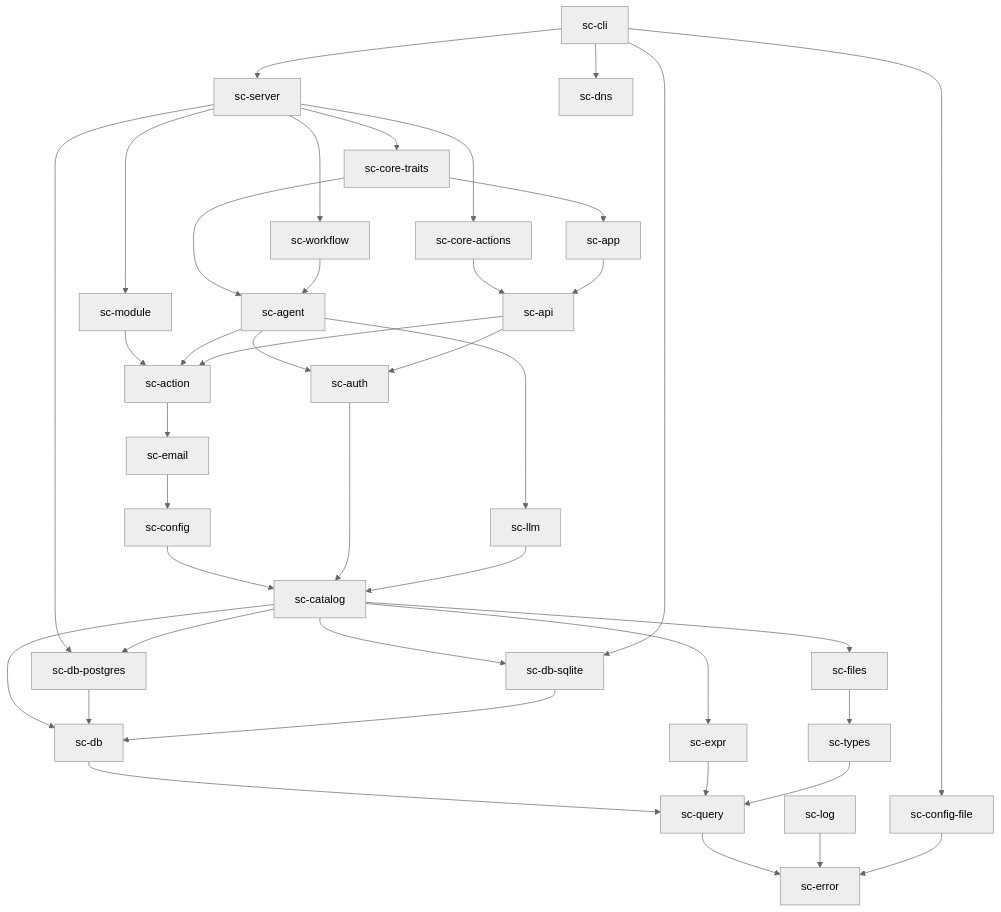
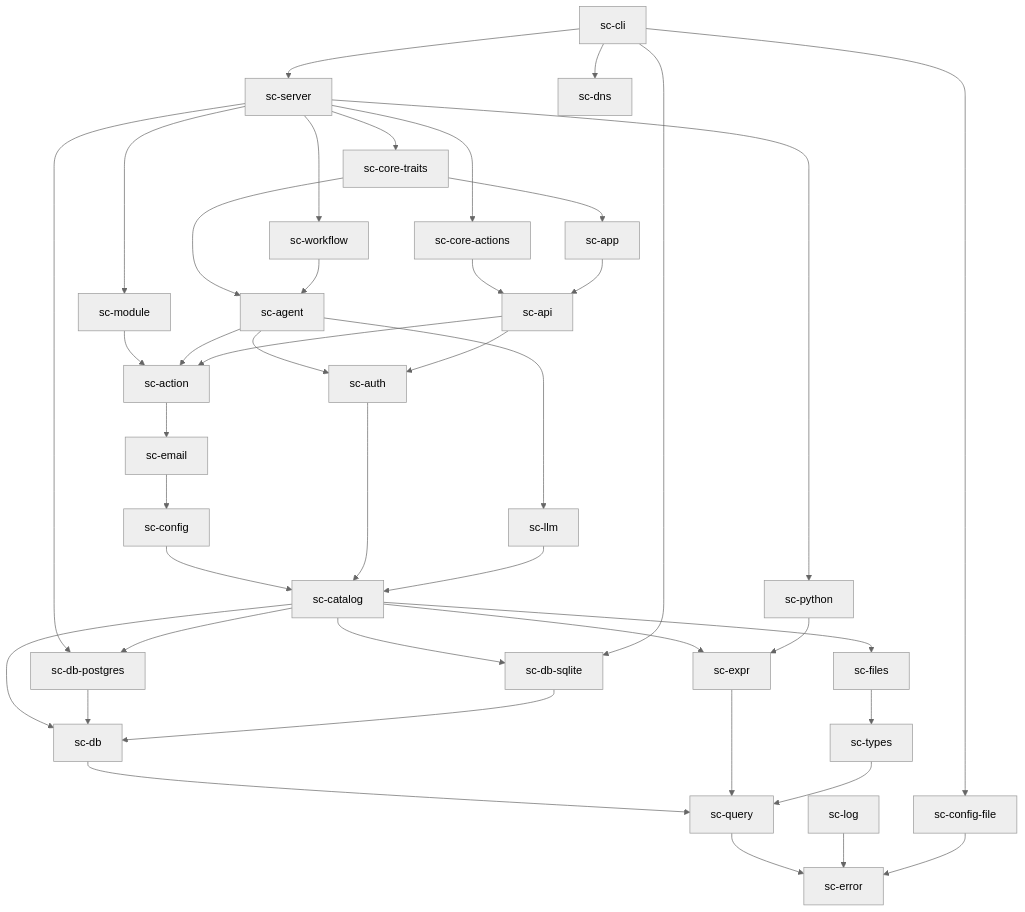
The first of 2 diagrams in docs/TECHNICAL_DESIGN.md (christianhugoch/feldspar), drawn with Mermaid (neutral theme) before and after one commit. The commit also changed other lines of this file and 33 other files, not shown here.

````diff
--- a/docs/TECHNICAL_DESIGN.md
+++ b/docs/TECHNICAL_DESIGN.md
@@ -128,42 +128,44 @@
 ```mermaid
 graph TD
   cli["sc-cli"] --> server["sc-server"]
   cli --> cfgfile["sc-config-file"]
   cli --> dns["sc-dns"]
   server --> coreact["sc-core-actions"]
   server --> coretraits["sc-core-traits"]
   server --> pg["sc-db-postgres"]
   coretraits --> agent["sc-agent"]
   coretraits --> app["sc-app"]
   coreact --> api["sc-api"]
   server --> module["sc-module"]
+  server --> python["sc-python"]
   server --> workflow["sc-workflow"]
   workflow --> agent
   module --> action["sc-action"]
   app --> api
   agent --> action
   agent --> auth["sc-auth"]
   agent --> llm["sc-llm"]
   api --> action
   api --> auth
   action --> email["sc-email"]
   email --> config["sc-config"]
   config --> catalog["sc-catalog"]
   auth --> catalog
   llm --> catalog
   catalog --> db["sc-db"]
   catalog --> pg
   catalog --> sqlite["sc-db-sqlite"]
   cli --> sqlite
   catalog --> expr["sc-expr"]
   catalog --> files["sc-files"]
   pg --> db
   sqlite --> db
   db --> query["sc-query"]
   expr --> query
+  python --> expr
   files --> types["sc-types"]
   types --> query
   query --> error["sc-error"]
   log["sc-log"] --> error
   cfgfile --> error
 ```
````
